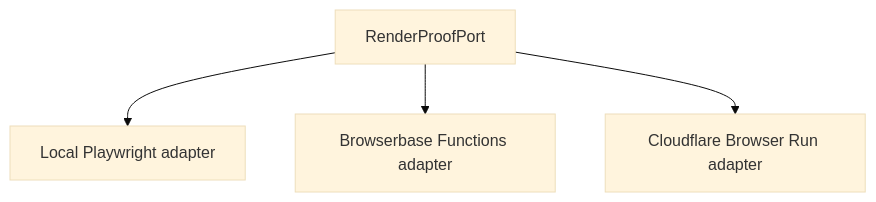
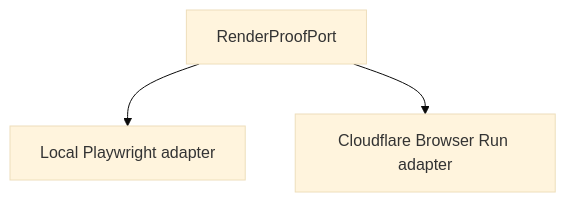
Before and after one commit to shpitdev/sketchi: the sixth of 7 diagrams in docs/mcp-first-generation.md, drawn with Mermaid (base theme). The commit also changed other lines of this file and 31 other files, not shown here.

````diff
--- a/docs/mcp-first-generation.md
+++ b/docs/mcp-first-generation.md
@@ -191,11 +192,9 @@
 ```mermaid
 flowchart TB
   RenderPort["RenderProofPort"]
   Local["Local Playwright adapter"]
-  Browserbase["Browserbase Functions adapter"]
   Cloudflare["Cloudflare Browser Run adapter"]
 
   RenderPort --> Local
-  RenderPort --> Browserbase
   RenderPort --> Cloudflare
 ```
````
